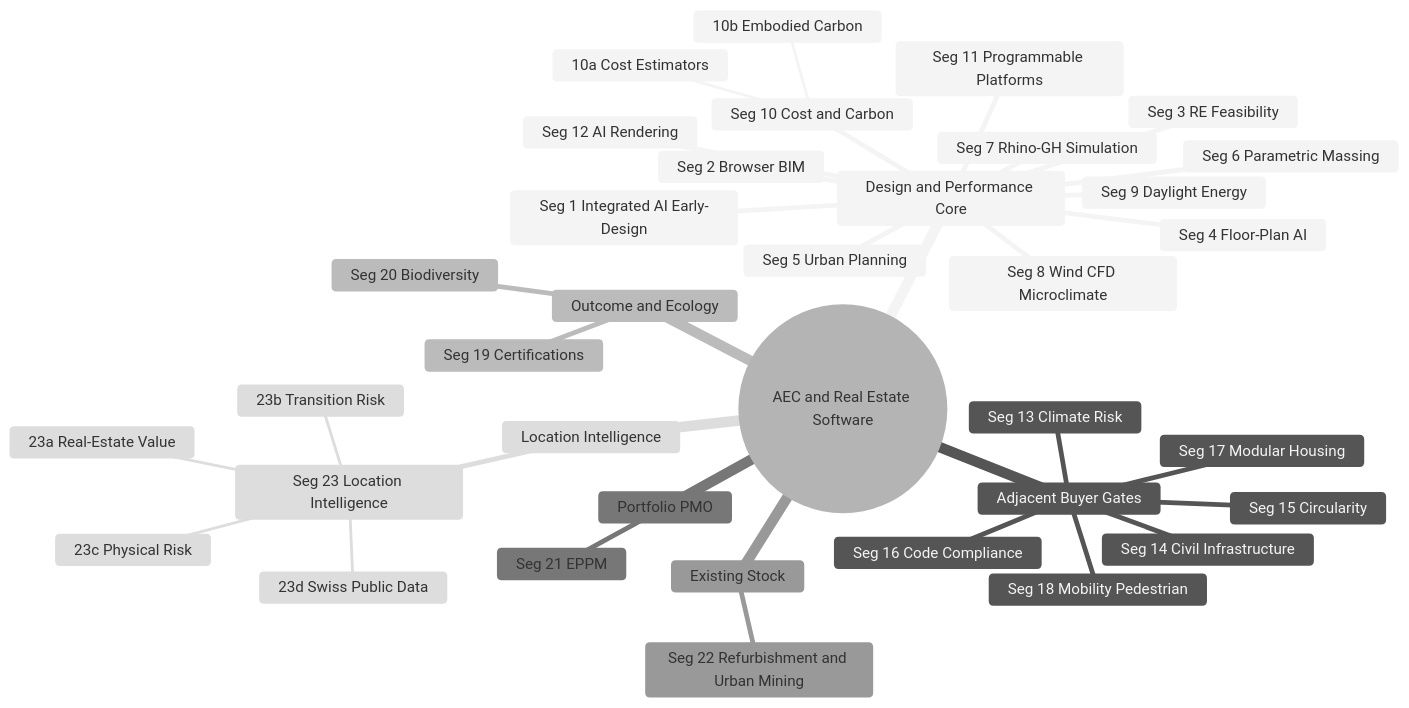
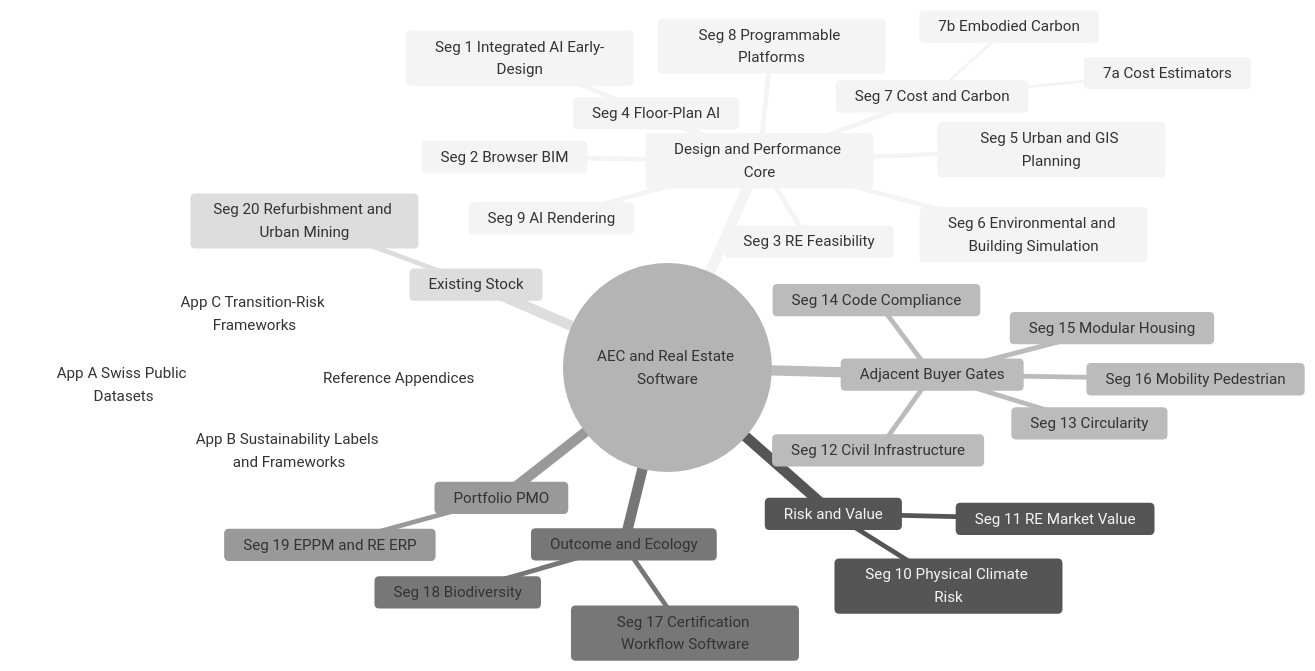
Before and after one commit to bbl-dres/ppm-cockpit: the diagram in docs/MARKETSCREEN.md, drawn with Mermaid (neutral theme). The commit also changed other lines of this file, not shown here.

````diff
--- a/docs/MARKETSCREEN.md
+++ b/docs/MARKETSCREEN.md
@@ -9,39 +9,36 @@
 ```mermaid
 mindmap
   root((AEC and Real Estate Software))
     Design and Performance Core
       Seg 1 Integrated AI Early-Design
       Seg 2 Browser BIM
       Seg 3 RE Feasibility
       Seg 4 Floor-Plan AI
-      Seg 5 Urban Planning
-      Seg 6 Parametric Massing
-      Seg 7 Rhino-GH Simulation
-      Seg 8 Wind CFD Microclimate
-      Seg 9 Daylight Energy
-      Seg 10 Cost and Carbon
-        10a Cost Estimators
-        10b Embodied Carbon
-      Seg 11 Programmable Platforms
-      Seg 12 AI Rendering
+      Seg 5 Urban and GIS Planning
+      Seg 6 Environmental and Building Simulation
+      Seg 7 Cost and Carbon
+        7a Cost Estimators
+        7b Embodied Carbon
+      Seg 8 Programmable Platforms
+      Seg 9 AI Rendering
+    Risk and Value
+      Seg 10 Physical Climate Risk
+      Seg 11 RE Market Value
     Adjacent Buyer Gates
-      Seg 13 Climate Risk
-      Seg 14 Civil Infrastructure
-      Seg 15 Circularity
-      Seg 16 Code Compliance
-      Seg 17 Modular Housing
-      Seg 18 Mobility Pedestrian
+      Seg 12 Civil Infrastructure
+      Seg 13 Circularity
+      Seg 14 Code Compliance
+      Seg 15 Modular Housing
+      Seg 16 Mobility Pedestrian
     Outcome and Ecology
-      Seg 19 Certifications
-      Seg 20 Biodiversity
+      Seg 17 Certification Workflow Software
+      Seg 18 Biodiversity
     Portfolio PMO
-      Seg 21 EPPM
+      Seg 19 EPPM and RE ERP
     Existing Stock
-      Seg 22 Refurbishment and Urban Mining
-    Location Intelligence
-      Seg 23 Location Intelligence
-        23a Real-Estate Value
-        23b Transition Risk
-        23c Physical Risk
-        23d Swiss Public Data
+      Seg 20 Refurbishment and Urban Mining
+    Reference Appendices
+      App A Swiss Public Datasets
+      App B Sustainability Labels and Frameworks
+      App C Transition-Risk Frameworks
 ```
````
